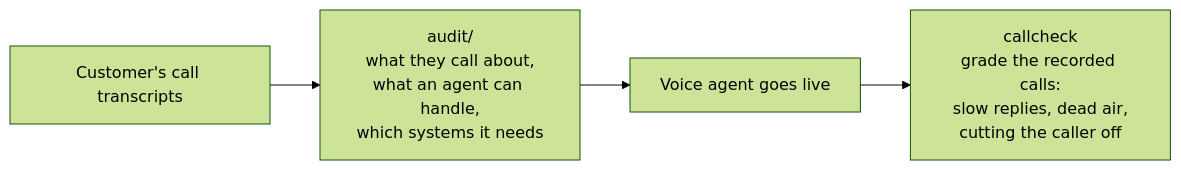
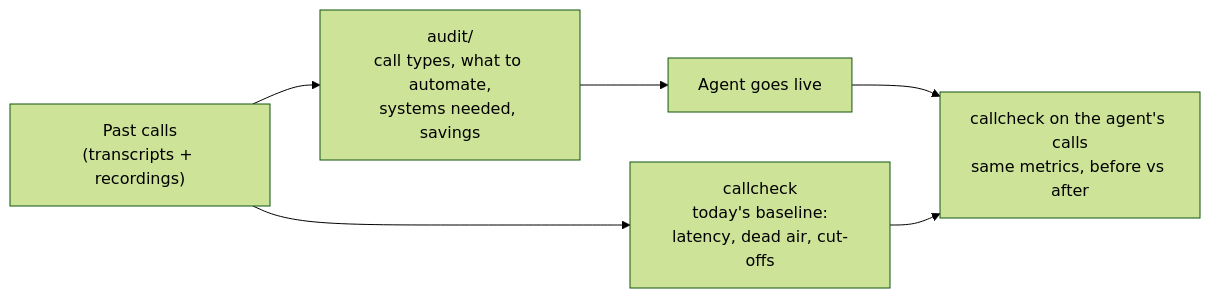
Before and after one commit to snayyar00/callcheck: the diagram in README.md, drawn with Mermaid (forest theme). The commit also changed other lines of this file and 1 other file, not shown here.

````diff
--- a/README.md
+++ b/README.md
@@ -5,6 +14,8 @@
 ```mermaid
 flowchart LR
-    A["Customer's call transcripts"] --> B["audit/<br/>what they call about,<br/>what an agent can handle,<br/>which systems it needs"]
-    B --> C["Voice agent goes live"]
-    C --> D["callcheck<br/>grade the recorded calls:<br/>slow replies, dead air,<br/>cutting the caller off"]
+    A["Past calls<br/>(transcripts + recordings)"] --> B["audit/<br/>call types, what to automate,<br/>systems needed, savings"]
+    A --> C["callcheck<br/>today's baseline:<br/>latency, dead air, cut-offs"]
+    B --> D["Agent goes live"]
+    D --> E["callcheck on the agent's calls<br/>same metrics, before vs after"]
+    C --> E
 ```
````
